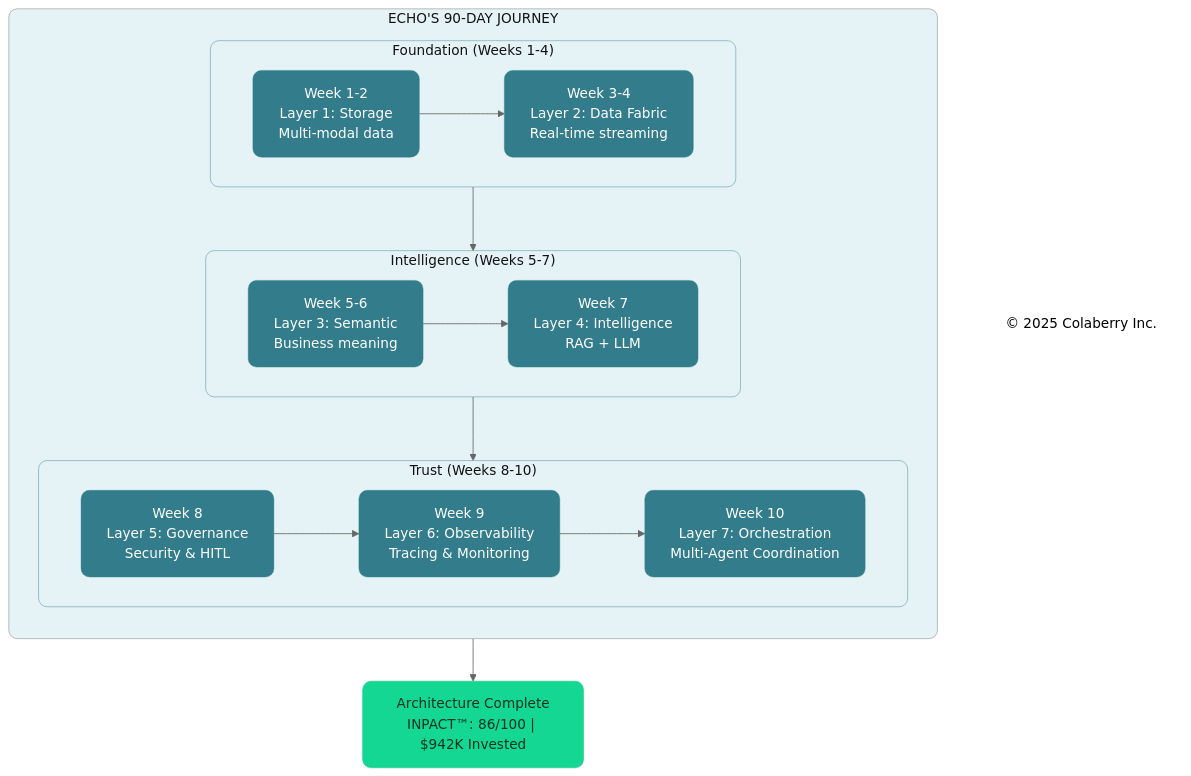
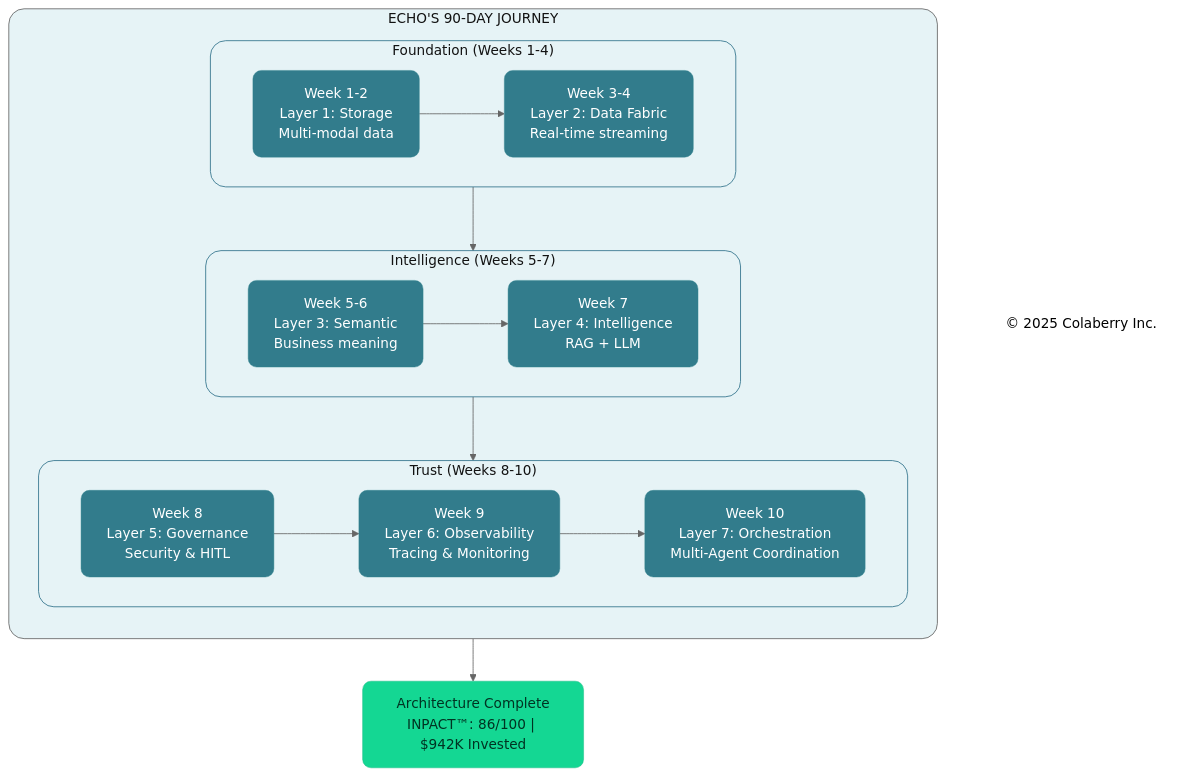
One commit to saitejesh-cyber/trust-before-intelligence-book changed the third of 14 diagrams in manuscript/08_chapter_7_goals_framework.md. Above: the diagram before and after it, drawn with Mermaid (neutral theme). The commit also changed other lines of this file and 12 other files, not shown here.

````diff
--- a/manuscript/08_chapter_7_goals_framework.md
+++ b/manuscript/08_chapter_7_goals_framework.md
@@ -265,49 +265,49 @@
 ```mermaid
 
 graph TB
     subgraph JOURNEY["ECHO'S 90-DAY JOURNEY"]
         direction TB
         subgraph PHASE1["Foundation (Weeks 1-4)"]
             direction LR
             W1["Week 1-2<br/>Layer 1: Storage<br/>Multi-modal data"]
             W2["Week 3-4<br/>Layer 2: Data Fabric<br/>Real-time streaming"]
             W1 --> W2
         end
         
         subgraph PHASE2["Intelligence (Weeks 5-7)"]
             direction LR
             W3["Week 5-6<br/>Layer 3: Semantic<br/>Business meaning"]
             W4["Week 7<br/>Layer 4: Intelligence<br/>RAG + LLM"]
             W3 --> W4
         end
         
         subgraph PHASE3["Trust (Weeks 8-10)"]
             direction LR
             W5["Week 8<br/>Layer 5: Governance<br/>Security & HITL"]
             W6["Week 9<br/>Layer 6: Observability<br/>Tracing & Monitoring"]
             W7["Week 10<br/>Layer 7: Orchestration<br/>Multi-Agent Coordination"]
             W5 --> W6 --> W7
         end
     end
     
     COMPLETE["Architecture Complete<br/>INPACT™: 86/100 | $942K Invested"]
     
     Copyright["© 2025 Colaberry Inc."]
     
     PHASE1 --> PHASE2 --> PHASE3 --> COMPLETE
 
-    style JOURNEY fill:#E6F3F6,stroke:#666666,stroke-width:0.5px,color:#121212,rx:10,ry:10
-    style PHASE1 fill:#E6F3F6,stroke:#32738C,stroke-width:0.5px,color:#121212,rx:10,ry:10
-    style PHASE2 fill:#E6F3F6,stroke:#32738C,stroke-width:0.5px,color:#121212,rx:10,ry:10
-    style PHASE3 fill:#E6F3F6,stroke:#32738C,stroke-width:0.5px,color:#121212,rx:10,ry:10
+    style JOURNEY fill:#E6F3F6,stroke:#666666,stroke-width:1px,color:#121212,rx:18,ry:18
+    style PHASE1 fill:#E6F3F6,stroke:#32738C,stroke-width:1px,color:#121212,rx:18,ry:18
+    style PHASE2 fill:#E6F3F6,stroke:#32738C,stroke-width:1px,color:#121212,rx:18,ry:18
+    style PHASE3 fill:#E6F3F6,stroke:#32738C,stroke-width:1px,color:#121212,rx:18,ry:18
     style W1 fill:#327C8C,stroke:#30838C,stroke-width:0.5px,color:#ffffff,rx:10,ry:10
     style W2 fill:#327C8C,stroke:#30838C,stroke-width:0.5px,color:#ffffff,rx:10,ry:10
     style W3 fill:#327C8C,stroke:#30838C,stroke-width:0.5px,color:#ffffff,rx:10,ry:10
     style W4 fill:#327C8C,stroke:#30838C,stroke-width:0.5px,color:#ffffff,rx:10,ry:10
     style W5 fill:#327C8C,stroke:#30838C,stroke-width:0.5px,color:#ffffff,rx:10,ry:10
     style W6 fill:#327C8C,stroke:#30838C,stroke-width:0.5px,color:#ffffff,rx:10,ry:10
     style W7 fill:#327C8C,stroke:#30838C,stroke-width:0.5px,color:#ffffff,rx:10,ry:10
     style COMPLETE fill:#14D793,stroke:#0FB67D,stroke-width:0.5px,color:#003322,rx:10,ry:10
     style Copyright fill:none,stroke:none,stroke-width:0.5px,color:#000000
 
 ```
````
